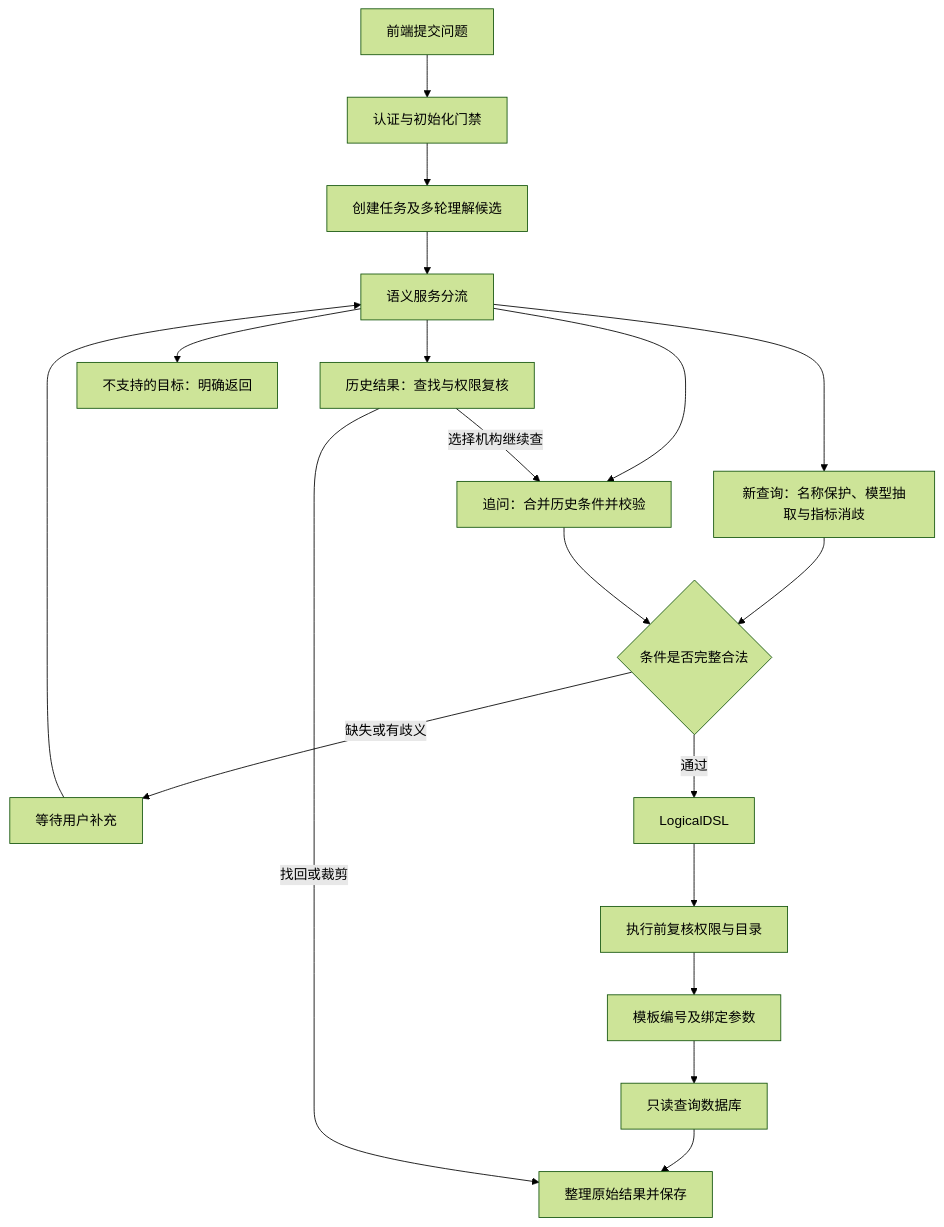
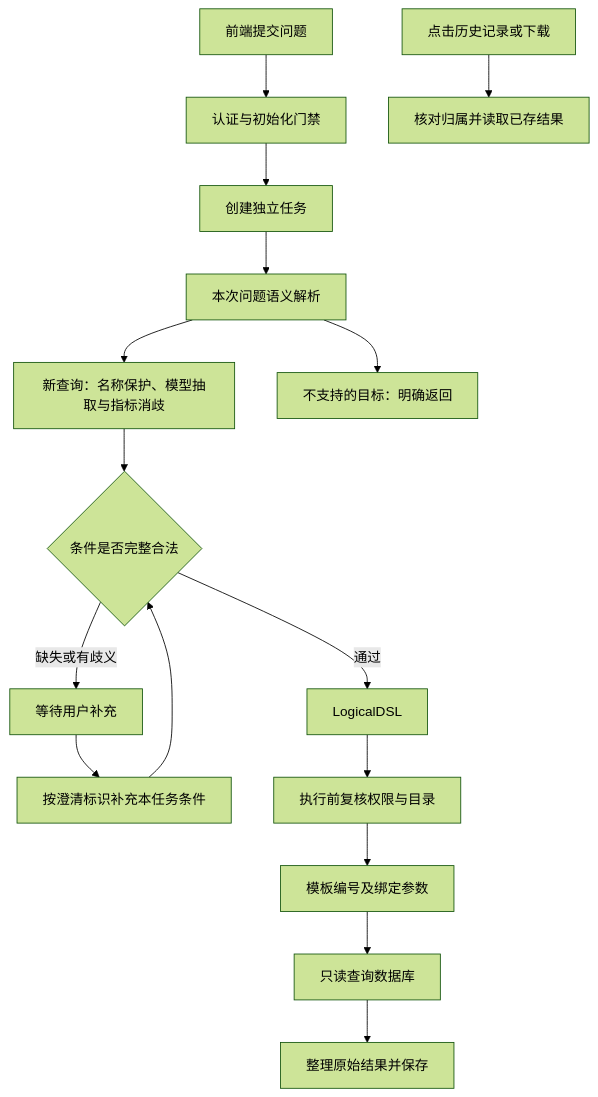
Before and after one commit to 6CYS/ask-metric-project: the diagram in docs/关键代码阅读指南.md, drawn with Mermaid (forest theme). The commit also changed other lines of this file and 34 other files, not shown here.

````diff
--- a/docs/关键代码阅读指南.md
+++ b/docs/关键代码阅读指南.md
@@ -21,21 +21,18 @@
 ```mermaid
 flowchart TD
     A[前端提交问题] --> B[认证与初始化门禁]
-    B --> C[创建任务及多轮理解候选]
-    C --> D[语义服务分流]
+    B --> C[创建独立任务]
+    C --> D[本次问题语义解析]
     D --> E[新查询：名称保护、模型抽取与指标消歧]
-    D --> F[追问：合并历史条件并校验]
-    D --> G[历史结果：查找与权限复核]
     D --> H[不支持的目标：明确返回]
     E --> I{条件是否完整合法}
-    F --> I
     I -->|缺失或有歧义| J[等待用户补充]
-    J --> D
+    J --> P[按澄清标识补充本任务条件]
+    P --> I
     I -->|通过| K[LogicalDSL]
     K --> L[执行前复核权限与目录]
     L --> M[模板编号及绑定参数]
     M --> N[只读查询数据库]
     N --> O[整理原始结果并保存]
-    G -->|找回或裁剪| O
-    G -->|选择机构继续查| F
+    Q[点击历史记录或下载] --> R[核对归属并读取已存结果]
 ```
````
